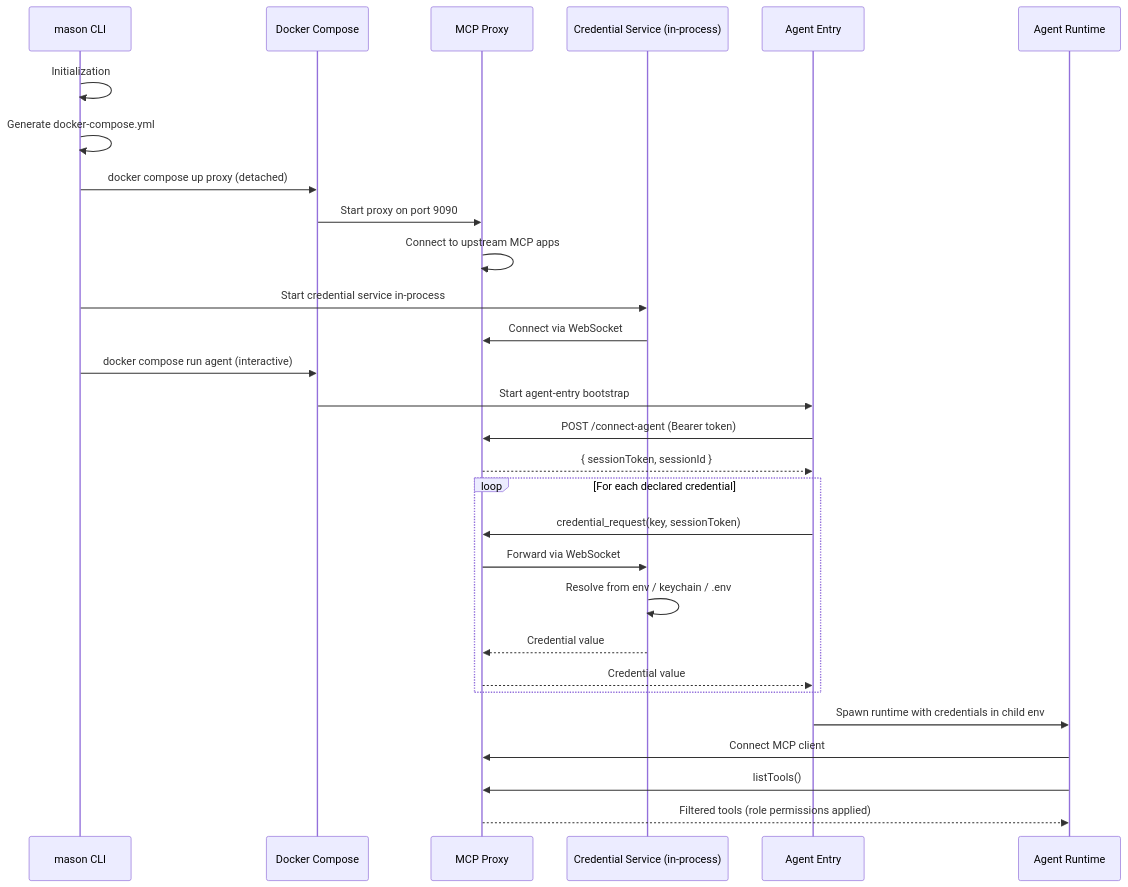
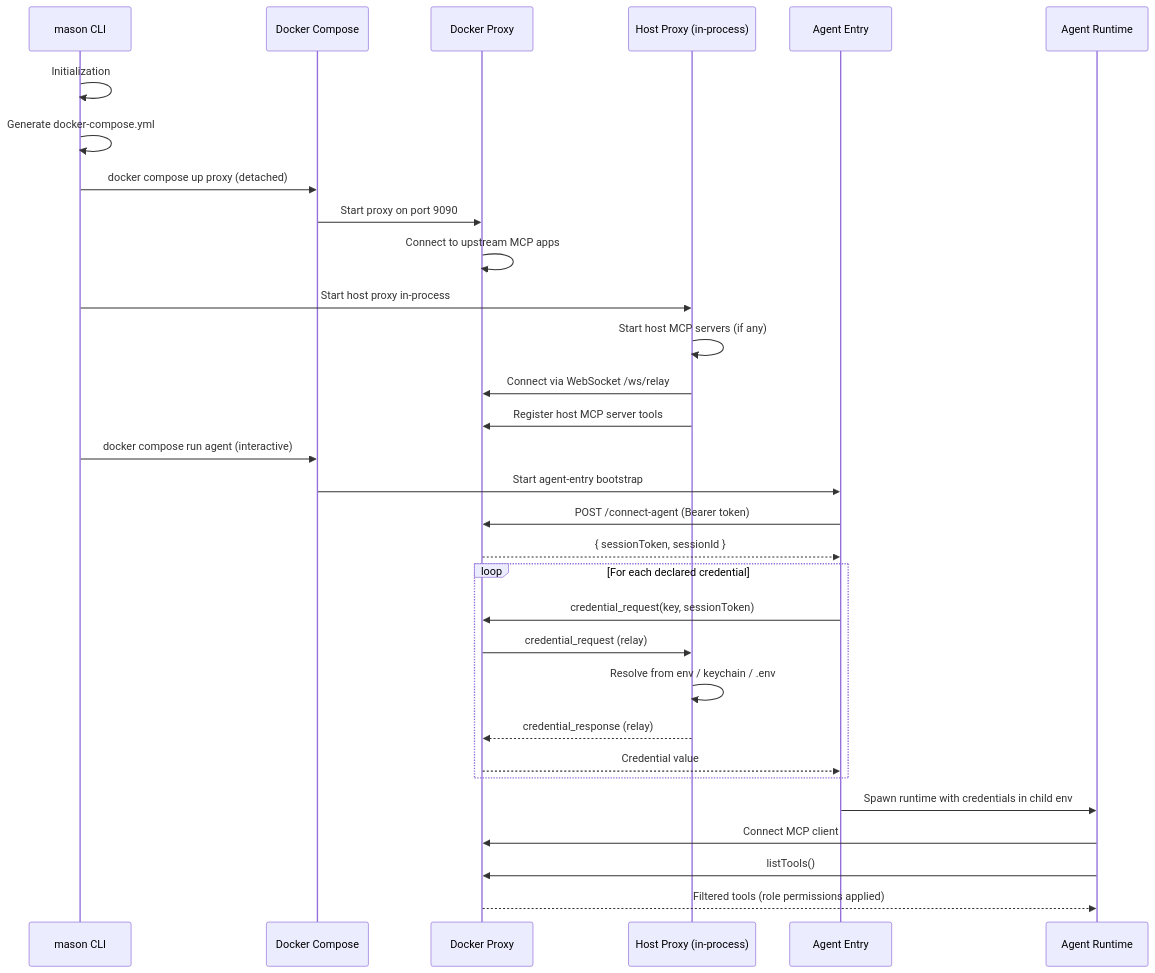
The second of 7 diagrams in docs/architecture.md (clawmasons/mason), drawn with Mermaid before and after one commit. The commit also changed other lines of this file and 179 other files, not shown here.

First line of the commit message:
Support mcp servers on host (#184)

````diff
--- a/docs/architecture.md
+++ b/docs/architecture.md
@@ -30,34 +30,36 @@
 ```mermaid
 sequenceDiagram
     participant CLI as mason CLI
     participant DC as Docker Compose
-    participant Proxy as MCP Proxy
-    participant CS as Credential Service (in-process)
+    participant Proxy as Docker Proxy
+    participant HP as Host Proxy (in-process)
     participant AE as Agent Entry
     participant Agent as Agent Runtime
 
     CLI->>CLI: Initialization
     CLI->>CLI: Generate docker-compose.yml
     CLI->>DC: docker compose up proxy (detached)
     DC->>Proxy: Start proxy on port 9090
     Proxy->>Proxy: Connect to upstream MCP apps
-    CLI->>CS: Start credential service in-process
-    CS->>Proxy: Connect via WebSocket
+    CLI->>HP: Start host proxy in-process
+    HP->>HP: Start host MCP servers (if any)
+    HP->>Proxy: Connect via WebSocket /ws/relay
+    HP->>Proxy: Register host MCP server tools
     CLI->>DC: docker compose run agent (interactive)
     DC->>AE: Start agent-entry bootstrap
     AE->>Proxy: POST /connect-agent (Bearer token)
     Proxy-->>AE: { sessionToken, sessionId }
 
     loop For each declared credential
         AE->>Proxy: credential_request(key, sessionToken)
-        Proxy->>CS: Forward via WebSocket
-        CS->>CS: Resolve from env / keychain / .env
-        CS-->>Proxy: Credential value
+        Proxy->>HP: credential_request (relay)
+        HP->>HP: Resolve from env / keychain / .env
+        HP-->>Proxy: credential_response (relay)
         Proxy-->>AE: Credential value
     end
 
     AE->>Agent: Spawn runtime with credentials in child env
     Agent->>Proxy: Connect MCP client
     Agent->>Proxy: listTools()
     Proxy-->>Agent: Filtered tools (role permissions applied)
 ```
````
